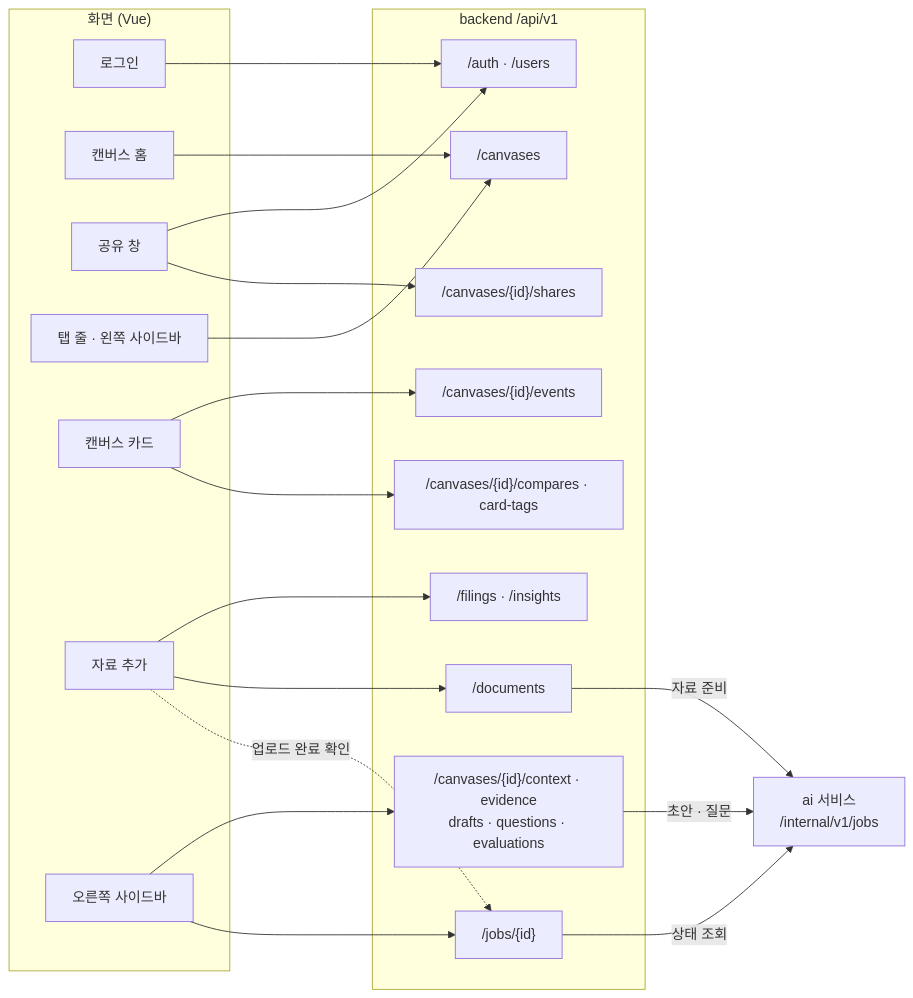
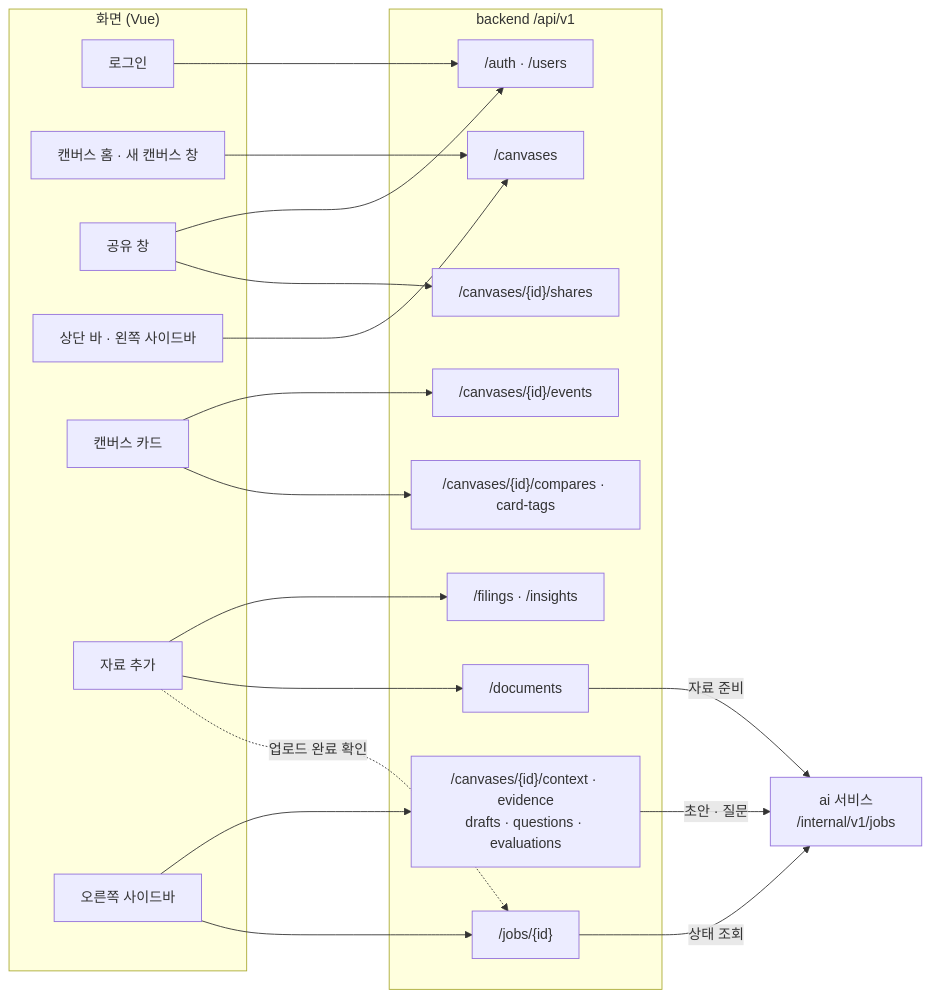
The first of 7 diagrams in docs/frontend/api-diagram.md (vamos-team/telescope), drawn with Mermaid before and after one commit. The commit also changed other lines of this file and 14 other files, not shown here.

````diff
--- a/docs/frontend/api-diagram.md
+++ b/docs/frontend/api-diagram.md
@@ -7,42 +7,42 @@
 ```mermaid
 flowchart LR
   subgraph FE["화면 (Vue)"]
     L[로그인]
-    H[캔버스 홈]
+    H[캔버스 홈 · 새 캔버스 창]
     SH[공유 창]
-    T[탭 줄 · 왼쪽 사이드바]
+    T[상단 바 · 왼쪽 사이드바]
     C[캔버스 카드]
     S[자료 추가]
     R[오른쪽 사이드바]
   end
 
   subgraph API["backend /api/v1"]
     AU["/auth · /users"]
     CV["/canvases"]
     SHR["/canvases/{id}/shares"]
     EV["/canvases/{id}/events"]
     CMP["/canvases/{id}/compares · card-tags"]
     FL["/filings · /insights"]
     DC["/documents"]
     OUT["/canvases/{id}/context · evidence<br/>drafts · questions · evaluations"]
     JB["/jobs/{id}"]
   end
 
   AI["ai 서비스<br/>/internal/v1/jobs"]
 
   L --> AU
   H --> CV
   SH --> AU
   SH --> SHR
   T --> CV
   C --> EV
   C --> CMP
   S --> FL
   S --> DC
   R --> OUT
   R --> JB
   S -. 업로드 완료 확인 .-> JB
   DC -- 자료 준비 --> AI
   OUT -- 초안 · 질문 --> AI
   JB -- 상태 조회 --> AI
 ```
````
